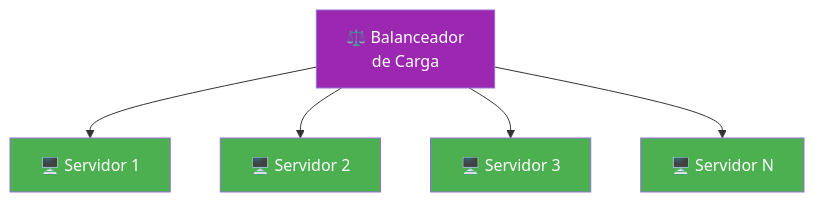
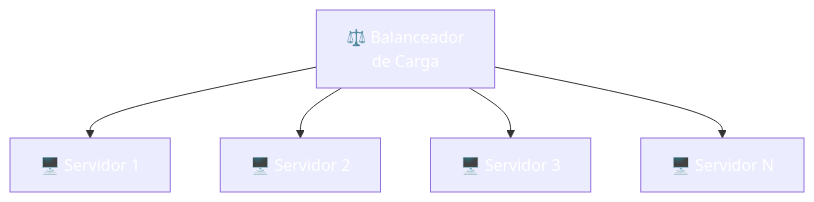
One commit to joseluisgs/DesarrolloWebEntornosServidor-01-2026-2027 changed the third of 7 diagrams in 09-despliegue.md. Above: the diagram before and after it, drawn with Mermaid. The commit also changed other lines of this file and 66 other files, not shown here.

First line of the commit message:
fix: normalizar titulos al castellano de frase y corregir la paleta de mermaid

````diff
--- a/09-despliegue.md
+++ b/09-despliegue.md
@@ -90,13 +90,13 @@
 ```mermaid
 graph TD
     LB["⚖️ Balanceador<br/>de Carga"] --> S1["🖥️ Servidor 1"]
     LB --> S2["🖥️ Servidor 2"]
     LB --> S3["🖥️ Servidor 3"]
     LB --> S4["🖥️ Servidor N"]
 
-    style LB fill:#9C27B0,color:#fff
-    style S1 fill:#4CAF50,color:#fff
-    style S2 fill:#4CAF50,color:#fff
-    style S3 fill:#4CAF50,color:#fff
-    style S4 fill:#4CAF50,color:#fff
+    style LB fill:#9C27B,color:#fff0,color:#fff
+    style S1 fill:#4CAF5,color:#fff0,color:#fff
+    style S2 fill:#4CAF5,color:#fff0,color:#fff
+    style S3 fill:#4CAF5,color:#fff0,color:#fff
+    style S4 fill:#4CAF5,color:#fff0,color:#fff
 ```
````
